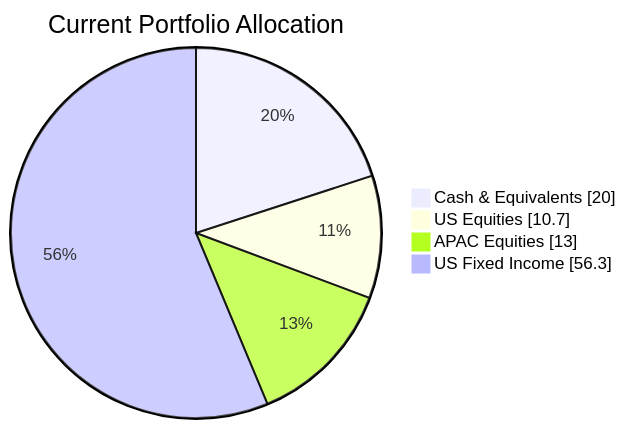
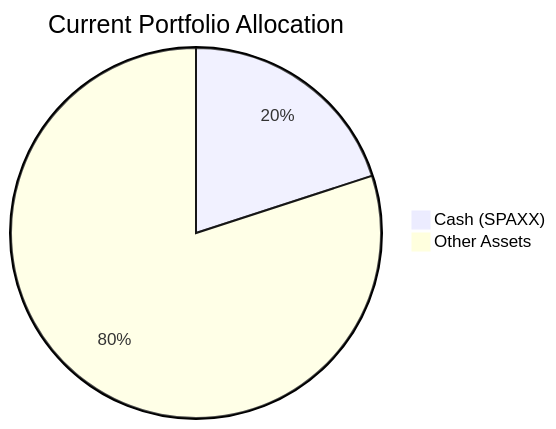
The first of 2 diagrams in docs/sample outputs/client_product_fit_analysis_wl-2.md (roger249/Bot-collaboration), drawn with Mermaid before and after one commit. The commit also changed other lines of this file and 16 other files, not shown here.

````diff
--- a/docs/sample outputs/client_product_fit_analysis_wl-2.md
+++ b/docs/sample outputs/client_product_fit_analysis_wl-2.md
@@ -58,8 +57,5 @@
 ```mermaid
-pie showData
-    title Current Portfolio Allocation
-    "Cash & Equivalents" : 20.0
-    "US Equities" : 10.7
-    "APAC Equities" : 13.0
-    "US Fixed Income" : 56.3
+pie title Current Portfolio Allocation
+    "Cash (SPAXX)" : 20
+    "Other Assets" : 80
 ```
````
